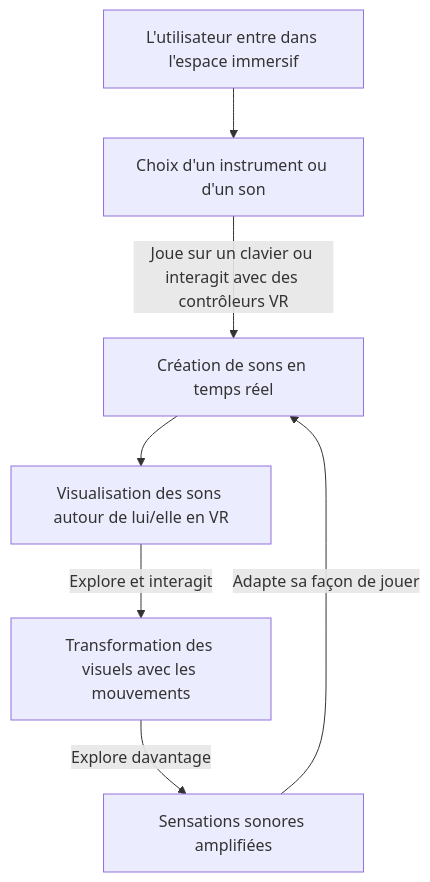
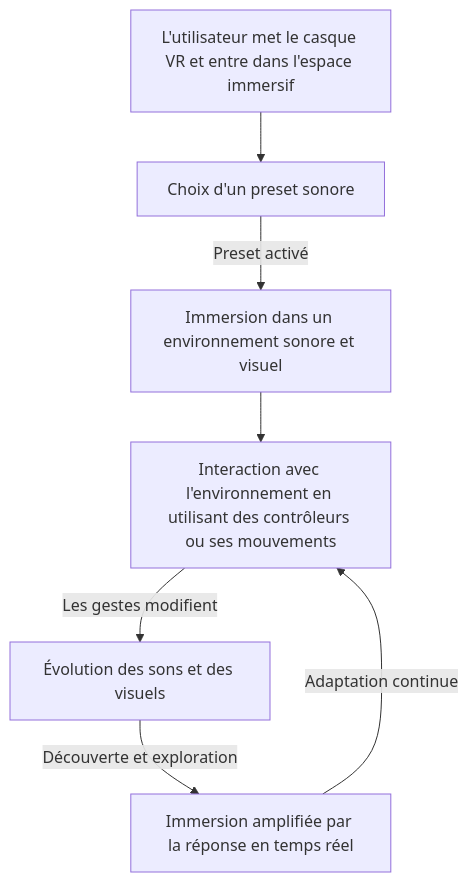
One commit to PootPookies/vizua changed the diagram in README.md. Above: the diagram before and after it, drawn with Mermaid.

````diff
--- a/README.md
+++ b/README.md
@@ -26,14 +26,17 @@
 ```mermaid
 graph TD
-    %% Début de l'expérience utilisateur
-    A[L'utilisateur entre dans l'espace immersif] --> B[Choix d'un instrument ou d'un son]
+    %% Début de l'expérience utilisateur en VR
+    A[L'utilisateur met le casque VR et entre dans l'espace immersif] --> B[Choix d'un preset sonore]
 
-    %% Interaction utilisateur
-    B -->|Joue sur un clavier ou interagit avec des contrôleurs VR| C[Création de sons en temps réel]
-    C --> D[Visualisation des sons autour de lui/elle en VR]
-    D -->|Explore et interagit| E[Transformation des visuels avec les mouvements]
+    %% Immersion sonore et visuelle
+    B -->|Preset activé| C[Immersion dans un environnement sonore et visuel]
+    C --> D[Interaction avec l'environnement en utilisant des contrôleurs ou ses mouvements]
 
-    %% Boucle d'immersion
-    E -->|Explore davantage| F[Sensations sonores amplifiées]
-    F -->|Adapte sa façon de jouer| C
+    %% Interaction évolutive
+    D -->|Les gestes modifient| E[Évolution des sons et des visuels]
+    E -->|Découverte et exploration| F[Immersion amplifiée par la réponse en temps réel]
+
+    %% Boucle d'exploration immersive
+    F -->|Adaptation continue| D
+
 ```
````
